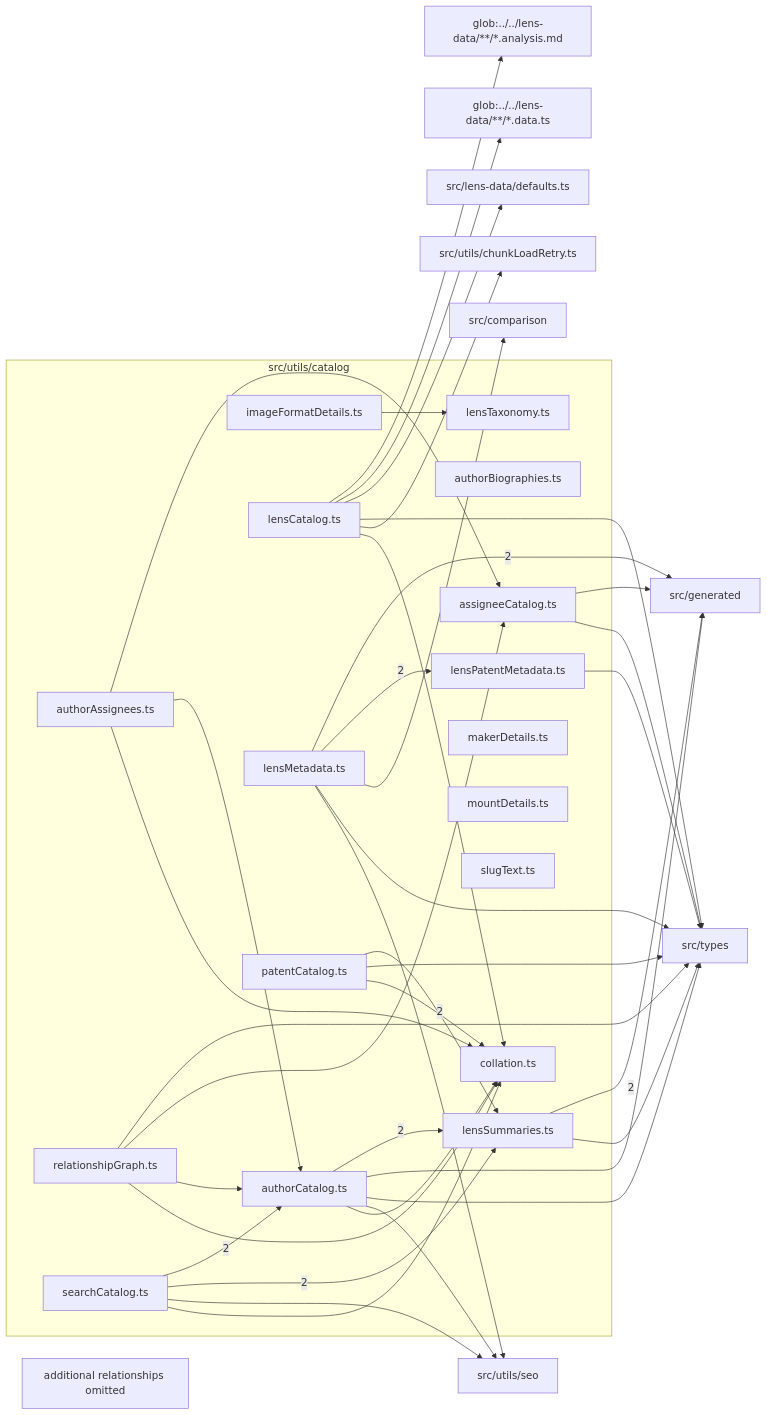
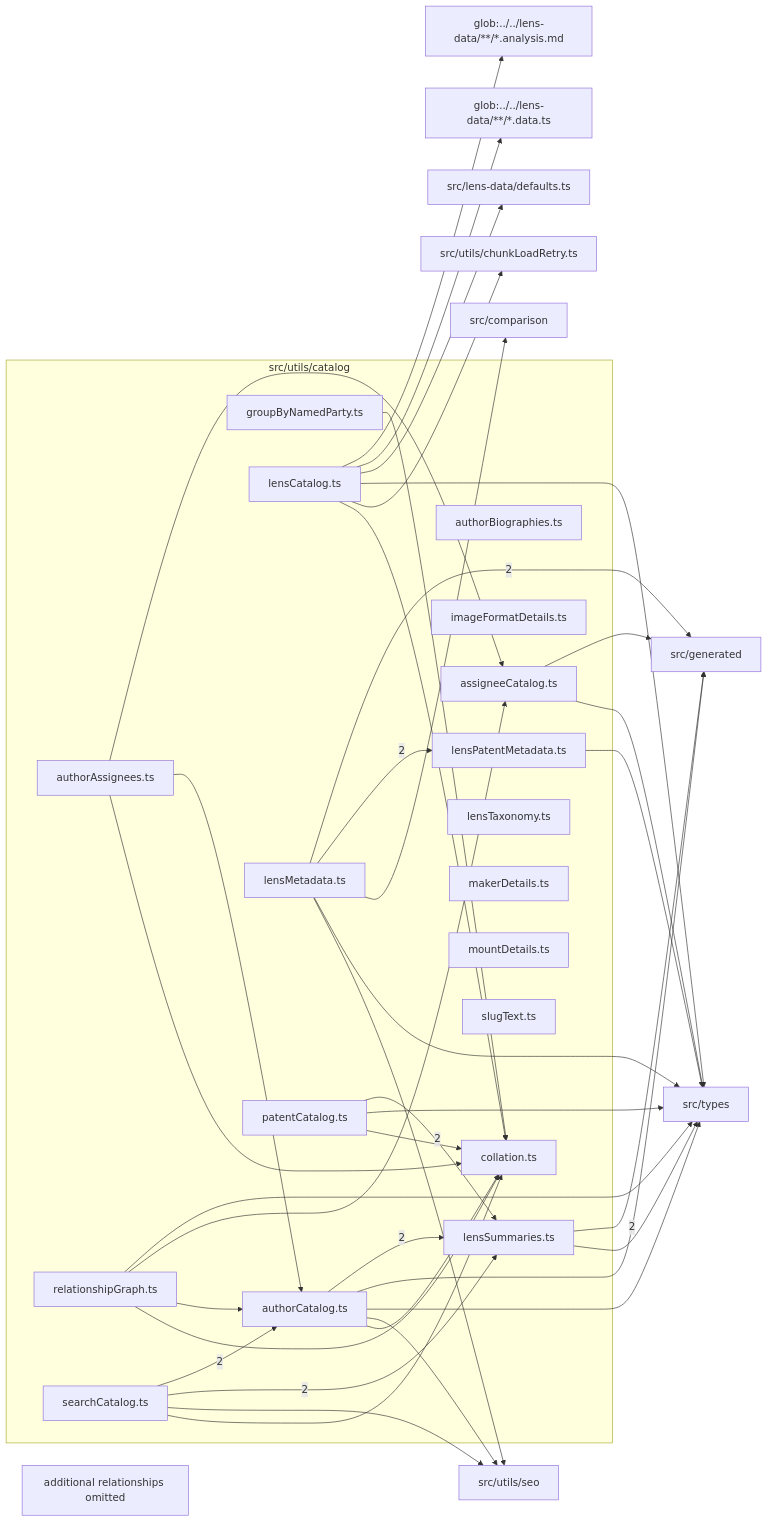
One commit to ronbuening/LensVisualizer changed the diagram in src/utils/catalog/readme.md. Above: the diagram before and after it, drawn with Mermaid. The commit also changed other lines of this file and 10 other files, not shown here.

````diff
--- a/src/utils/catalog/readme.md
+++ b/src/utils/catalog/readme.md
@@ -9,67 +9,68 @@
 ```mermaid
 flowchart LR
   subgraph n_src_utils_catalog["src/utils/catalog"]
     n_src_utils_catalog_src_utils_catalog_assigneeCatalog_ts["assigneeCatalog.ts"]
     n_src_utils_catalog_src_utils_catalog_authorAssignees_ts["authorAssignees.ts"]
     n_src_utils_catalog_src_utils_catalog_authorBiographies_ts["authorBiographies.ts"]
     n_src_utils_catalog_src_utils_catalog_authorCatalog_ts["authorCatalog.ts"]
     n_src_utils_catalog_src_utils_catalog_collation_ts["collation.ts"]
+    n_src_utils_catalog_src_utils_catalog_groupByNamedParty_ts["groupByNamedParty.ts"]
     n_src_utils_catalog_src_utils_catalog_imageFormatDetails_ts["imageFormatDetails.ts"]
     n_src_utils_catalog_src_utils_catalog_lensCatalog_ts["lensCatalog.ts"]
     n_src_utils_catalog_src_utils_catalog_lensMetadata_ts["lensMetadata.ts"]
     n_src_utils_catalog_src_utils_catalog_lensPatentMetadata_ts["lensPatentMetadata.ts"]
     n_src_utils_catalog_src_utils_catalog_lensSummaries_ts["lensSummaries.ts"]
     n_src_utils_catalog_src_utils_catalog_lensTaxonomy_ts["lensTaxonomy.ts"]
     n_src_utils_catalog_src_utils_catalog_makerDetails_ts["makerDetails.ts"]
     n_src_utils_catalog_src_utils_catalog_mountDetails_ts["mountDetails.ts"]
     n_src_utils_catalog_src_utils_catalog_patentCatalog_ts["patentCatalog.ts"]
     n_src_utils_catalog_src_utils_catalog_relationshipGraph_ts["relationshipGraph.ts"]
     n_src_utils_catalog_src_utils_catalog_searchCatalog_ts["searchCatalog.ts"]
     n_src_utils_catalog_src_utils_catalog_slugText_ts["slugText.ts"]
   end
   n_external_src_generated["src/generated"]
   n_external_glob_______lens_data______analysis_md["glob:../../lens-data/**/*.analysis.md"]
   n_external_glob_______lens_data______data_ts["glob:../../lens-data/**/*.data.ts"]
   n_external_src_comparison["src/comparison"]
   n_external_src_lens_data_defaults_ts["src/lens-data/defaults.ts"]
   n_external_src_types["src/types"]
   n_external_src_utils_chunkLoadRetry_ts["src/utils/chunkLoadRetry.ts"]
   n_external_src_utils_seo["src/utils/seo"]
   n_src_utils_catalog_src_utils_catalog_lensMetadata_ts --> |2| n_external_src_generated
   n_src_utils_catalog_src_utils_catalog_lensSummaries_ts --> |2| n_external_src_generated
   n_src_utils_catalog_src_utils_catalog_searchCatalog_ts --> |2| n_src_utils_catalog_src_utils_catalog_authorCatalog_ts
   n_src_utils_catalog_src_utils_catalog_lensMetadata_ts --> |2| n_src_utils_catalog_src_utils_catalog_lensPatentMetadata_ts
   n_src_utils_catalog_src_utils_catalog_authorCatalog_ts --> |2| n_src_utils_catalog_src_utils_catalog_lensSummaries_ts
   n_src_utils_catalog_src_utils_catalog_patentCatalog_ts --> |2| n_src_utils_catalog_src_utils_catalog_lensSummaries_ts
   n_src_utils_catalog_src_utils_catalog_searchCatalog_ts --> |2| n_src_utils_catalog_src_utils_catalog_lensSummaries_ts
   n_src_utils_catalog_src_utils_catalog_lensCatalog_ts --> n_external_glob_______lens_data______analysis_md
   n_src_utils_catalog_src_utils_catalog_lensCatalog_ts --> n_external_glob_______lens_data______data_ts
   n_src_utils_catalog_src_utils_catalog_lensMetadata_ts --> n_external_src_comparison
   n_src_utils_catalog_src_utils_catalog_assigneeCatalog_ts --> n_external_src_generated
   n_src_utils_catalog_src_utils_catalog_authorCatalog_ts --> n_external_src_generated
   n_src_utils_catalog_src_utils_catalog_lensCatalog_ts --> n_external_src_lens_data_defaults_ts
   n_src_utils_catalog_src_utils_catalog_assigneeCatalog_ts --> n_external_src_types
   n_src_utils_catalog_src_utils_catalog_authorCatalog_ts --> n_external_src_types
   n_src_utils_catalog_src_utils_catalog_lensCatalog_ts --> n_external_src_types
   n_src_utils_catalog_src_utils_catalog_lensMetadata_ts --> n_external_src_types
   n_src_utils_catalog_src_utils_catalog_lensPatentMetadata_ts --> n_external_src_types
   n_src_utils_catalog_src_utils_catalog_lensSummaries_ts --> n_external_src_types
   n_src_utils_catalog_src_utils_catalog_patentCatalog_ts --> n_external_src_types
   n_src_utils_catalog_src_utils_catalog_relationshipGraph_ts --> n_external_src_types
   n_src_utils_catalog_src_utils_catalog_lensCatalog_ts --> n_external_src_utils_chunkLoadRetry_ts
   n_src_utils_catalog_src_utils_catalog_authorCatalog_ts --> n_external_src_utils_seo
   n_src_utils_catalog_src_utils_catalog_lensMetadata_ts --> n_external_src_utils_seo
   n_src_utils_catalog_src_utils_catalog_searchCatalog_ts --> n_external_src_utils_seo
   n_src_utils_catalog_src_utils_catalog_authorAssignees_ts --> n_src_utils_catalog_src_utils_catalog_assigneeCatalog_ts
   n_src_utils_catalog_src_utils_catalog_relationshipGraph_ts --> n_src_utils_catalog_src_utils_catalog_assigneeCatalog_ts
   n_src_utils_catalog_src_utils_catalog_authorAssignees_ts --> n_src_utils_catalog_src_utils_catalog_authorCatalog_ts
   n_src_utils_catalog_src_utils_catalog_relationshipGraph_ts --> n_src_utils_catalog_src_utils_catalog_authorCatalog_ts
   n_src_utils_catalog_src_utils_catalog_authorAssignees_ts --> n_src_utils_catalog_src_utils_catalog_collation_ts
   n_src_utils_catalog_src_utils_catalog_authorCatalog_ts --> n_src_utils_catalog_src_utils_catalog_collation_ts
+  n_src_utils_catalog_src_utils_catalog_groupByNamedParty_ts --> n_src_utils_catalog_src_utils_catalog_collation_ts
   n_src_utils_catalog_src_utils_catalog_lensCatalog_ts --> n_src_utils_catalog_src_utils_catalog_collation_ts
   n_src_utils_catalog_src_utils_catalog_patentCatalog_ts --> n_src_utils_catalog_src_utils_catalog_collation_ts
   n_src_utils_catalog_src_utils_catalog_relationshipGraph_ts --> n_src_utils_catalog_src_utils_catalog_collation_ts
   n_src_utils_catalog_src_utils_catalog_searchCatalog_ts --> n_src_utils_catalog_src_utils_catalog_collation_ts
-  n_src_utils_catalog_src_utils_catalog_imageFormatDetails_ts --> n_src_utils_catalog_src_utils_catalog_lensTaxonomy_ts
   n_src_utils_catalog_truncated["additional relationships omitted"]
 ```
````
